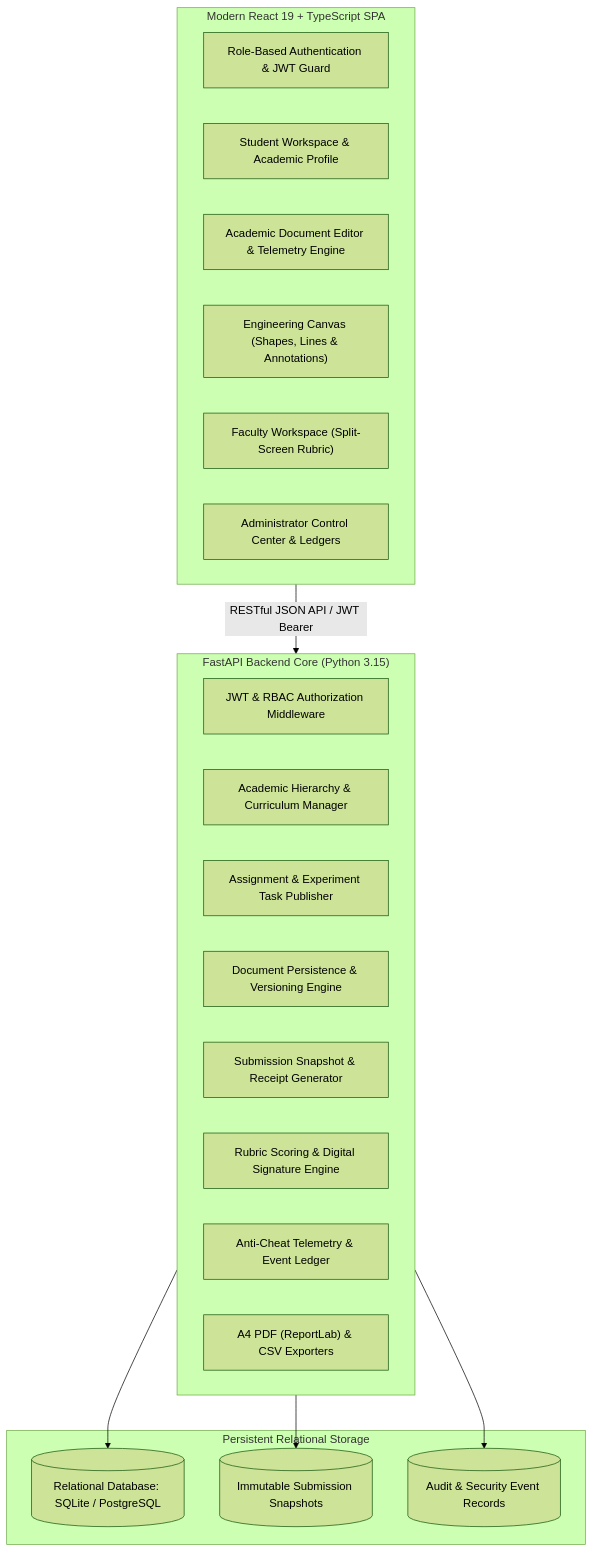
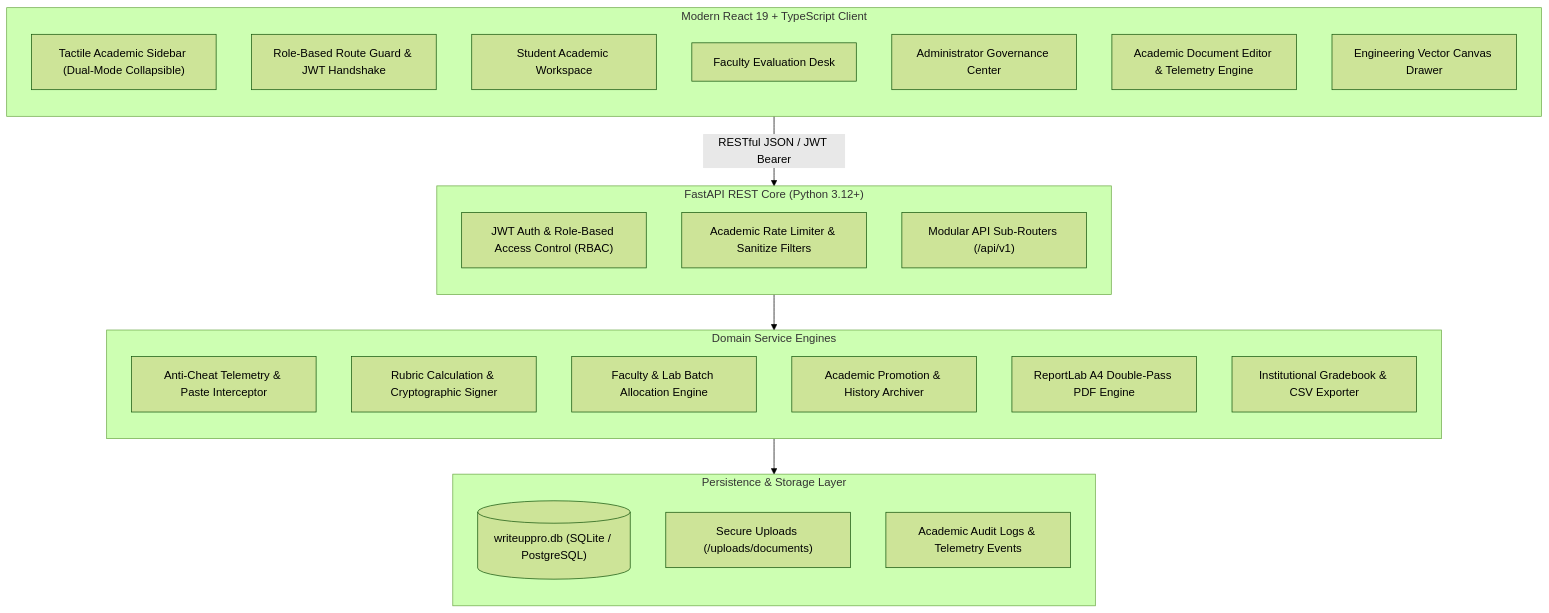
The first of 5 diagrams in README.md (nimeshsurvegg-lgtm/writeuppro-antipaste), drawn with Mermaid (forest theme) before and after one commit. The commit also changed other lines of this file and 44 other files, not shown here.

````diff
--- a/README.md
+++ b/README.md
@@ -32,33 +68,41 @@
 ```mermaid
 flowchart TD
-    subgraph Client["Modern React 19 + TypeScript SPA"]
-        AuthUI["Role-Based Authentication & JWT Guard"]
-        StuWorkspace["Student Workspace & Academic Profile"]
-        DocEditor["Academic Document Editor & Telemetry Engine"]
-        EngCanvas["Engineering Canvas (Shapes, Lines & Annotations)"]
-        FacWorkspace["Faculty Workspace (Split-Screen Rubric)"]
-        AdminWorkspace["Administrator Control Center & Ledgers"]
+    subgraph Frontend["Modern React 19 + TypeScript Client"]
+        direction TB
+        Sidebar["Tactile Academic Sidebar (Dual-Mode Collapsible)"]
+        Router["Role-Based Route Guard & JWT Handshake"]
+        StuView["Student Academic Workspace"]
+        FacView["Faculty Evaluation Desk"]
+        AdmView["Administrator Governance Center"]
+        DocEdit["Academic Document Editor & Telemetry Engine"]
+        CanvasEdit["Engineering Vector Canvas Drawer"]
     end
 
-    subgraph API["FastAPI Backend Core (Python 3.15)"]
-        JWTMiddleware["JWT & RBAC Authorization Middleware"]
-        AcademicService["Academic Hierarchy & Curriculum Manager"]
-        TaskService["Assignment & Experiment Task Publisher"]
-        DocService["Document Persistence & Versioning Engine"]
-        SubService["Submission Snapshot & Receipt Generator"]
-        EvalService["Rubric Scoring & Digital Signature Engine"]
-        IntegrityService["Anti-Cheat Telemetry & Event Ledger"]
-        ExportService["A4 PDF (ReportLab) & CSV Exporters"]
+    subgraph Gateway["FastAPI REST Core (Python 3.12+)"]
+        direction TB
+        AuthMid["JWT Auth & Role-Based Access Control (RBAC)"]
+        RateLimit["Academic Rate Limiter & Sanitize Filters"]
+        APIRouter["Modular API Sub-Routers (/api/v1)"]
     end
 
-    subgraph Storage["Persistent Relational Storage"]
-        DB[(Relational Database: SQLite / PostgreSQL)]
-        Snapshots[(Immutable Submission Snapshots)]
-        AuditLogs[(Audit & Security Event Records)]
+    subgraph Services["Domain Service Engines"]
+        direction TB
+        IntegEngine["Anti-Cheat Telemetry & Paste Interceptor"]
+        EvalEngine["Rubric Calculation & Cryptographic Signer"]
+        AllotEngine["Faculty & Lab Batch Allocation Engine"]
+        PromoEngine["Academic Promotion & History Archiver"]
+        PDFGen["ReportLab A4 Double-Pass PDF Engine"]
+        CSVEngine["Institutional Gradebook & CSV Exporter"]
     end
 
-    Client -->|RESTful JSON API / JWT Bearer| API
-    API --> DB
-    API --> Snapshots
-    API --> AuditLogs
+    subgraph Storage["Persistence & Storage Layer"]
+        direction TB
+        MainDB[("writeuppro.db (SQLite / PostgreSQL)")]
+        FileStore["Secure Uploads (/uploads/documents)"]
+        AuditLedger["Academic Audit Logs & Telemetry Events"]
+    end
+
+    Frontend -->|RESTful JSON / JWT Bearer| Gateway
+    Gateway --> Services
+    Services --> Storage
 ```
````
